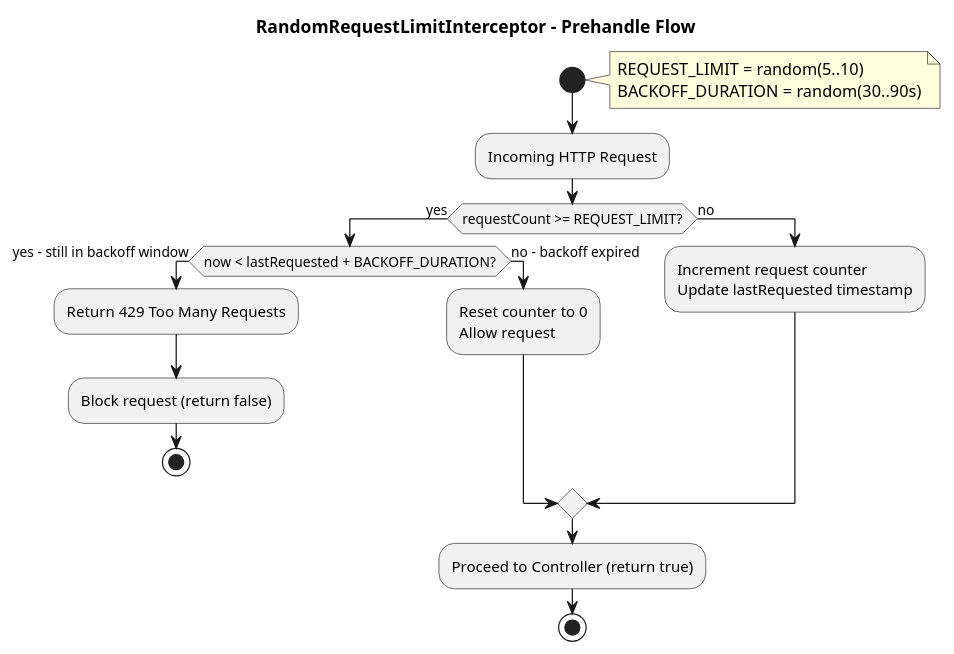
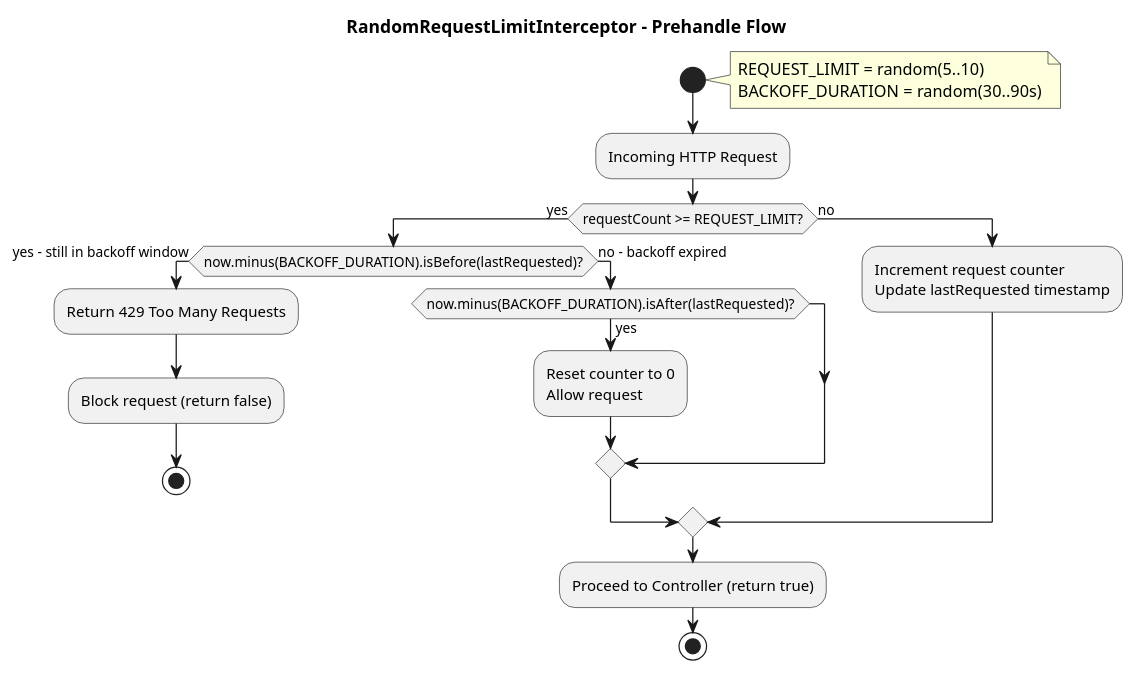
The tenth of 12 diagrams in flow.md (vaibhavdave/reliaquest), drawn with PlantUML before and after one commit. The commit also changed other lines of this file, not shown here.

First line of the commit message:
Fix PlantUML diagram inaccuracies in flow.md

````diff
--- a/flow.md
+++ b/flow.md
@@ -327,32 +327,34 @@
 ```plantuml
 @startuml
 title RandomRequestLimitInterceptor - Prehandle Flow
 
 start
 
 note right
   REQUEST_LIMIT = random(5..10)
   BACKOFF_DURATION = random(30..90s)
 end note
 
 :Incoming HTTP Request;
 
 if (requestCount >= REQUEST_LIMIT?) then (yes)
-  if (now < lastRequested + BACKOFF_DURATION?) then (yes - still in backoff window)
+  if (now.minus(BACKOFF_DURATION).isBefore(lastRequested)?) then (yes - still in backoff window)
     :Return 429 Too Many Requests;
     :Block request (return false);
     stop
   else (no - backoff expired)
-    :Reset counter to 0
-    Allow request;
+    if (now.minus(BACKOFF_DURATION).isAfter(lastRequested)?) then (yes)
+      :Reset counter to 0
+      Allow request;
+    endif
   endif
 else (no)
   :Increment request counter
   Update lastRequested timestamp;
 endif
 
 :Proceed to Controller (return true);
 stop
 
 @enduml
 ```
````
